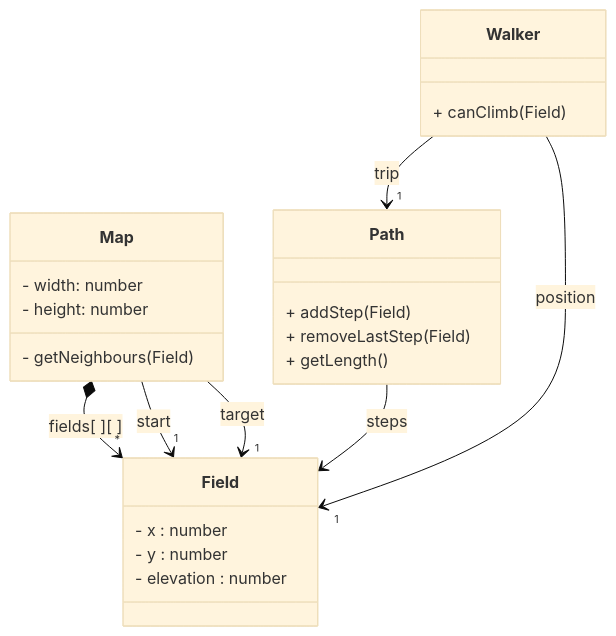
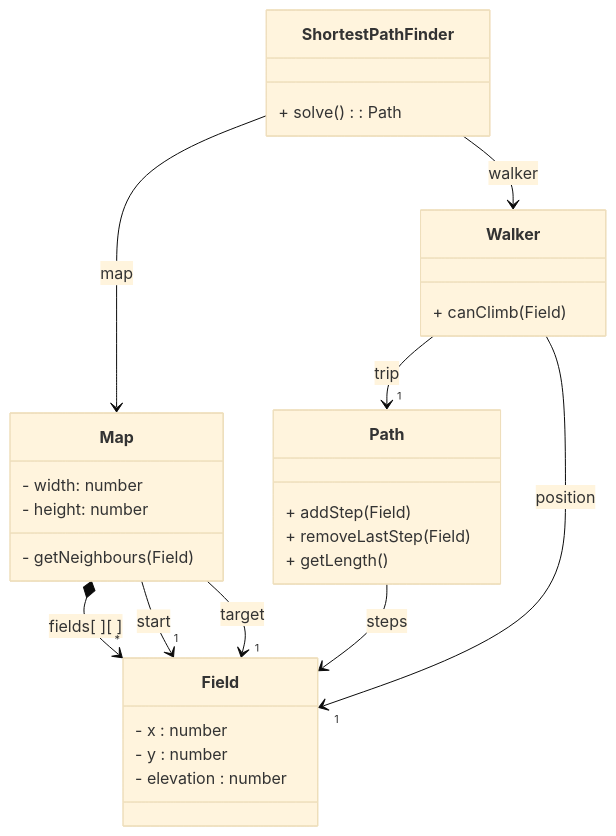
Before and after one commit to riederm/hillclimber.python: the diagram in README.md, drawn with Mermaid (base theme).

Commit message:
Update README.md
improved readme

````diff
--- a/README.md
+++ b/README.md
@@ -4,30 +4,36 @@
 ```mermaid
 classDiagram
 class Map {
   - width: number
   - height: number
   - getNeighbours(Field)
 }
 Map *--> "*" Field : fields[ ][ ]
 Map --> "1" Field : start
 Map --> "1" Field : target
 
 class Field {
   - x : number
   - y : number
   - elevation : number
 }
 
 class Path {
   + addStep(Field)
   + removeLastStep(Field)
   + getLength()
 }
 Path --> Field : steps
 
 class Walker {
   + canClimb(Field)
 }
 Walker --> "1" Field: position
 Walker --> "1" Path: trip
+
+class ShortestPathFinder{
+  + solve(): Path
+}
+ShortestPathFinder --> Walker : walker
+ShortestPathFinder --> Map : map
 ```
````
